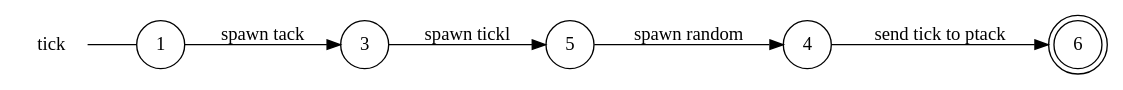
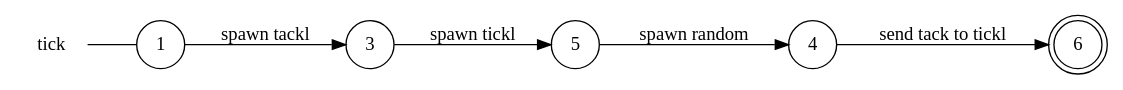
Before and after one commit to gabrielegenovese/chorer: the diagram in out/tick_local_view.dot, drawn with Graphviz. The commit also changed 11 other files, not shown here.

```diff
--- a/out/tick_local_view.dot
+++ b/out/tick_local_view.dot
@@ -1,15 +1,15 @@
 digraph tick {
 	rankdir="LR";
 	n_0 [label="tick", shape="plaintext"];
 	n_1 [id="5", shape=circle, label="5"];
 	n_2 [id="6", shape=doublecircle, label="6"];
 	n_3 [id="1", shape=circle, label="1"];
 	n_0 -> n_3 [arrowhead=none];
 	n_4 [id="4", shape=circle, label="4"];
 	n_5 [id="3", shape=circle, label="3"];
 
-	n_4 -> n_2 [id="[$e|4]", label="send tick to ptack"];
-	n_3 -> n_5 [id="[$e|5]", label="spawn tack"];
+	n_4 -> n_2 [id="[$e|4]", label="send tack to tickl"];
+	n_3 -> n_5 [id="[$e|5]", label="spawn tackl"];
 	n_5 -> n_1 [id="[$e|3]", label="spawn tickl"];
 	n_1 -> n_4 [id="[$e|1]", label="spawn random"];
 }
```
